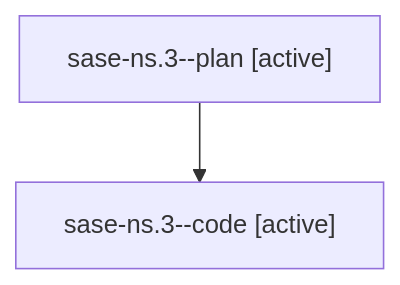
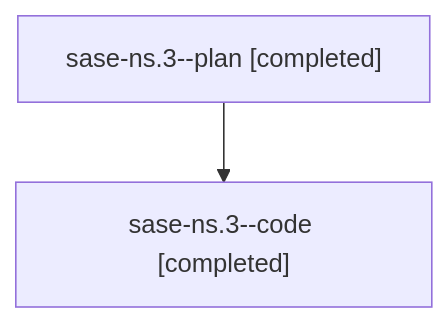
One commit to sase-org/sase--agents changed the diagram in families/bbugyi200.athena.sase-ns.3.md. Above: the diagram before and after it, drawn with Mermaid. The commit also changed other lines of this file and 97 other files, not shown here.

````diff
--- a/families/bbugyi200.athena.sase-ns.3.md
+++ b/families/bbugyi200.athena.sase-ns.3.md
@@ -9,6 +9,6 @@
 ```mermaid
 flowchart TD
-  n0["sase-ns.3--plan [active]"]
-  n1["sase-ns.3--code [active]"]
+  n0["sase-ns.3--plan [completed]"]
+  n1["sase-ns.3--code [completed]"]
   n0 --> n1
 ```
````
